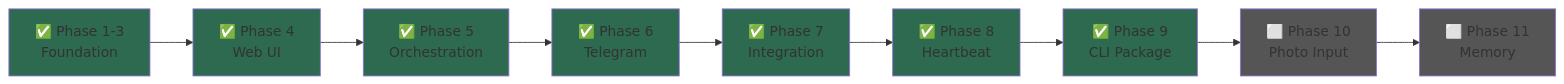
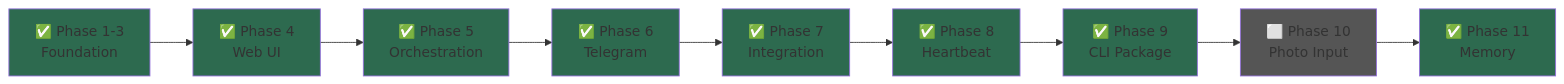
One commit to lidge-jun/cli-jaw changed the fifth of 5 diagrams in README.md. Above: the diagram before and after it, drawn with Mermaid. The commit also changed other lines of this file, not shown here.

Commit message:
[agent] docs: update README for Phase 11 Memory

````diff
--- a/README.md
+++ b/README.md
@@ -194,24 +201,24 @@
 ```mermaid
 graph LR
     P1["✅ Phase 1-3<br/>Foundation"]
     P4["✅ Phase 4<br/>Web UI"]
     P5["✅ Phase 5<br/>Orchestration"]
     P6["✅ Phase 6<br/>Telegram"]
     P7["✅ Phase 7<br/>Integration"]
     P8["✅ Phase 8<br/>Heartbeat"]
     P9["✅ Phase 9<br/>CLI Package"]
     P10["⬜ Phase 10<br/>Photo Input"]
-    P11["⬜ Phase 11<br/>Memory"]
+    P11["✅ Phase 11<br/>Memory"]
 
     P1 --> P4 --> P5 --> P6 --> P7 --> P8 --> P9 --> P10 --> P11
 
     style P1 fill:#2d6a4f
     style P4 fill:#2d6a4f
     style P5 fill:#2d6a4f
     style P6 fill:#2d6a4f
     style P7 fill:#2d6a4f
     style P8 fill:#2d6a4f
     style P9 fill:#2d6a4f
     style P10 fill:#555
-    style P11 fill:#555
+    style P11 fill:#2d6a4f
 ```
````
